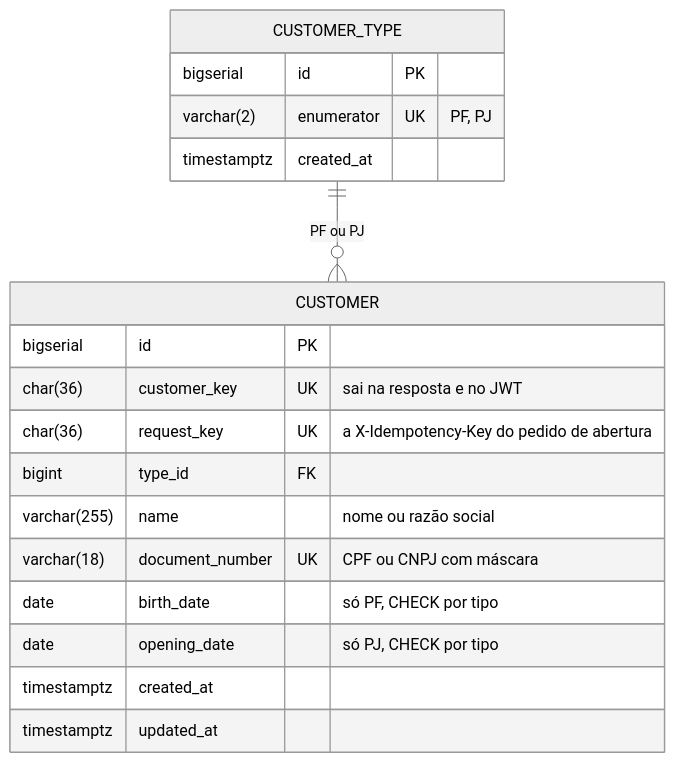
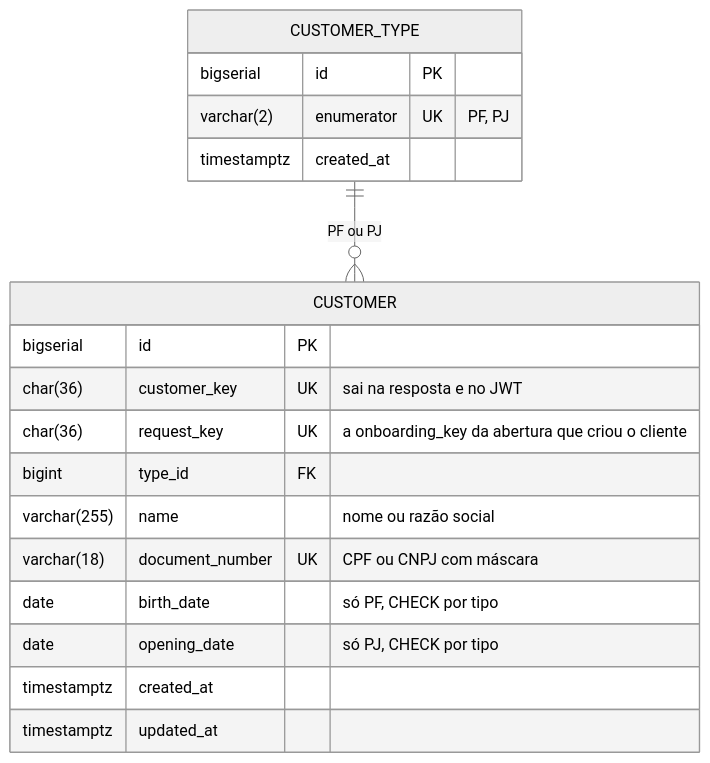
One commit to eduardoVL123/bootcampQitech_bancoDigital changed the second of 14 diagrams in docs/rfc/05-onboarding-api.md. Above: the diagram before and after it, drawn with Mermaid (neutral theme). The commit also changed 5 other files, not shown here.

First line of the commit message:
fix(onboarding): customer.request_key recebe a onboarding_key

````diff
--- a/docs/rfc/05-onboarding-api.md
+++ b/docs/rfc/05-onboarding-api.md
@@ -252,21 +252,21 @@
 ```mermaid
 erDiagram
     CUSTOMER_TYPE ||--o{ CUSTOMER : "PF ou PJ"
     CUSTOMER_TYPE {
         bigserial id PK
         varchar(2) enumerator UK "PF, PJ"
         timestamptz created_at
     }
     CUSTOMER {
         bigserial id PK
         char(36) customer_key UK "sai na resposta e no JWT"
-        char(36) request_key UK "a X-Idempotency-Key do pedido de abertura"
+        char(36) request_key UK "a onboarding_key da abertura que criou o cliente"
         bigint type_id FK
         varchar(255) name "nome ou razão social"
         varchar(18) document_number UK "CPF ou CNPJ com máscara"
         date birth_date "só PF, CHECK por tipo"
         date opening_date "só PJ, CHECK por tipo"
         timestamptz created_at
         timestamptz updated_at
     }
 ```
````
